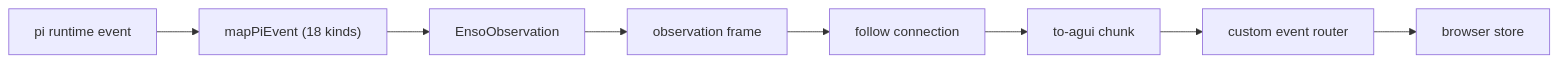
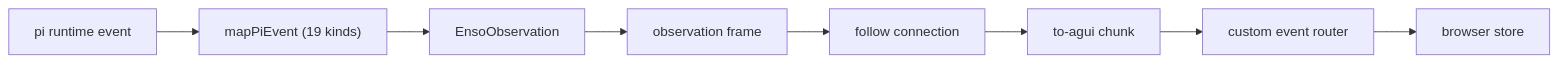
Before and after one commit to dopamine911/enso-harness: the second of 2 diagrams in docs/reference/flows.md, drawn with Mermaid. The commit also changed other lines of this file and 44 other files, not shown here.

````diff
--- a/docs/reference/flows.md
+++ b/docs/reference/flows.md
@@ -41,11 +41,11 @@
 ```mermaid
 flowchart LR
   Pi["pi runtime event"]
-  Pi --> Mapper["mapPiEvent (18 kinds)"]
+  Pi --> Mapper["mapPiEvent (19 kinds)"]
   Mapper --> Schema["EnsoObservation"]
   Schema --> Frame["observation frame"]
   Frame --> Connection["follow connection"]
   Connection --> Adapter["to-agui chunk"]
   Adapter --> Router["custom event router"]
   Router --> Store["browser store"]
 ```
````
